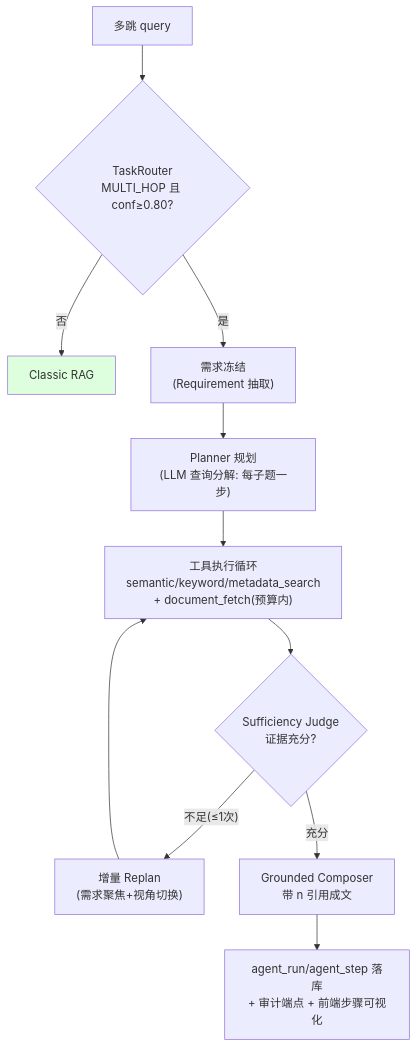
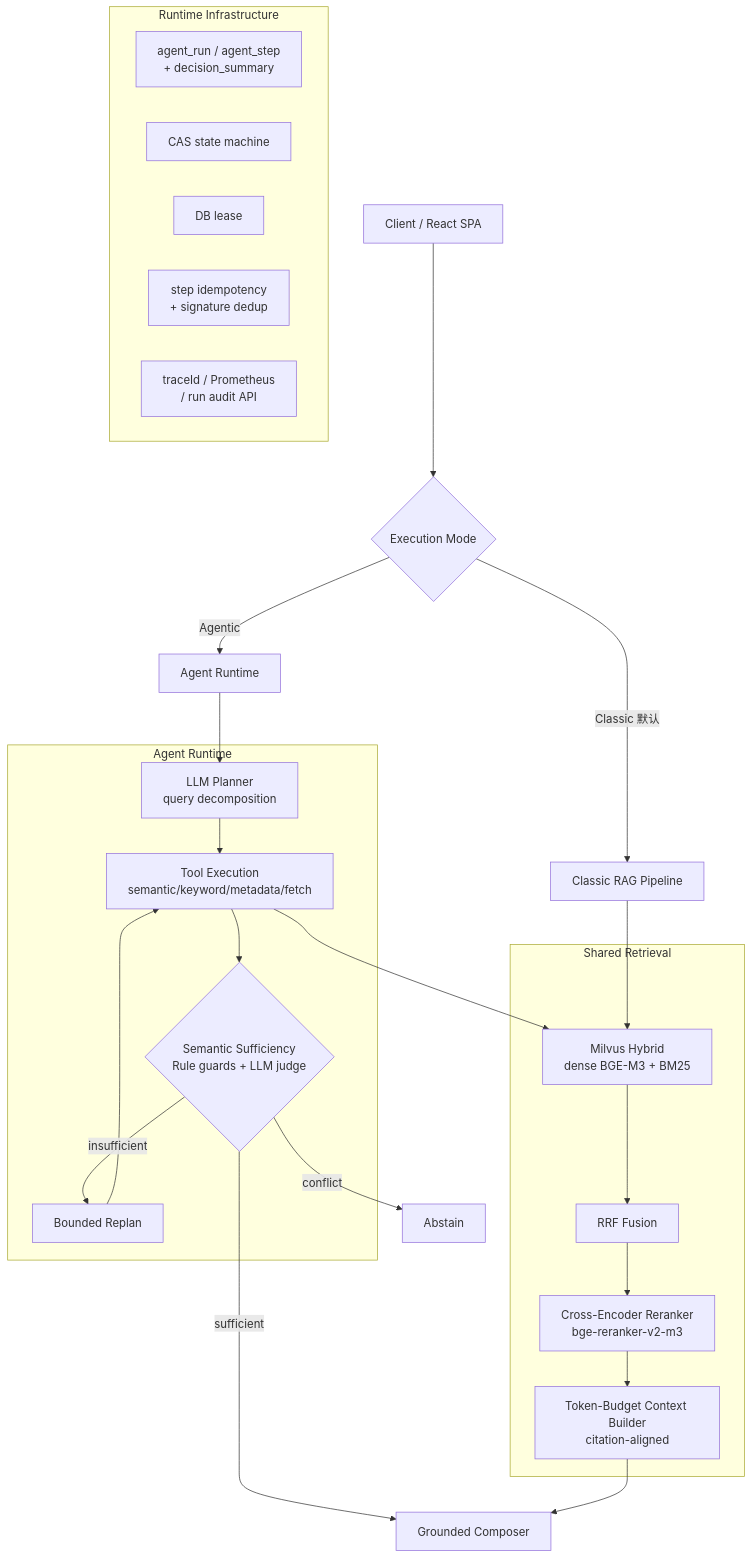
One commit to HHHAnQi/kiwi-doc changed the first of 3 diagrams in README.md. Above: the diagram before and after it, drawn with Mermaid. The commit also changed other lines of this file, not shown here.

First line of the commit message:
docs(readme): 竞争性展示重构 — Technical Landing Page(270行/3图/结论优先)

````diff
--- a/README.md
+++ b/README.md
@@ -167,14 +38,34 @@
 ```mermaid
-flowchart TD
-    IN["多跳 query"] --> RT{"TaskRouter<br/>MULTI_HOP 且 conf≥0.80?"}
-    RT -->|否| CL["Classic RAG"]
-    RT -->|是| REQ["需求冻结<br/>(Requirement 抽取)"]
-    REQ --> PLAN["Planner 规划<br/>(LLM 查询分解: 每子题一步)"]
-    PLAN --> EXE["工具执行循环<br/>semantic/keyword/metadata_search<br/>+ document_fetch(预算内)"]
-    EXE --> SUF{"Sufficiency Judge<br/>证据充分?"}
-    SUF -->|"不足(≤1次)"| RP["增量 Replan<br/>(需求聚焦+视角切换)"]
-    RP --> EXE
-    SUF -->|充分| CMP["Grounded Composer<br/>带 n 引用成文"]
-    CMP --> AUD["agent_run/agent_step 落库<br/>+ 审计端点 + 前端步骤可视化"]
-    style CL fill:#dfd
+flowchart TB
+    U[Client / React SPA] --> R{Execution Mode}
+    R -->|Classic 默认| CR[Classic RAG Pipeline]
+    R -->|Agentic| AR[Agent Runtime]
+
+    subgraph Retrieval [Shared Retrieval]
+        HR[Milvus Hybrid<br/>dense BGE-M3 + BM25] --> RRF[RRF Fusion]
+        RRF --> RR[Cross-Encoder Reranker<br/>bge-reranker-v2-m3]
+        RR --> CB[Token-Budget Context Builder<br/>citation-aligned]
+    end
+    CR --> HR
+
+    subgraph Agent [Agent Runtime]
+        P[LLM Planner<br/>query decomposition] --> X[Tool Execution<br/>semantic/keyword/metadata/fetch]
+        X --> S{Semantic Sufficiency<br/>Rule guards + LLM judge}
+        S -->|insufficient| RP[Bounded Replan]
+        RP --> X
+    end
+    AR --> P
+    X --> HR
+
+    S -->|sufficient| G[Grounded Composer]
+    S -->|conflict| A[Abstain]
+    CB --> G
+
+    subgraph Runtime [Runtime Infrastructure]
+        ST[agent_run / agent_step<br/>+ decision_summary]
+        CAS[CAS state machine]
+        LS[DB lease]
+        ID[step idempotency<br/>+ signature dedup]
+        OBS[traceId / Prometheus<br/>/ run audit API]
+    end
 ```
````
